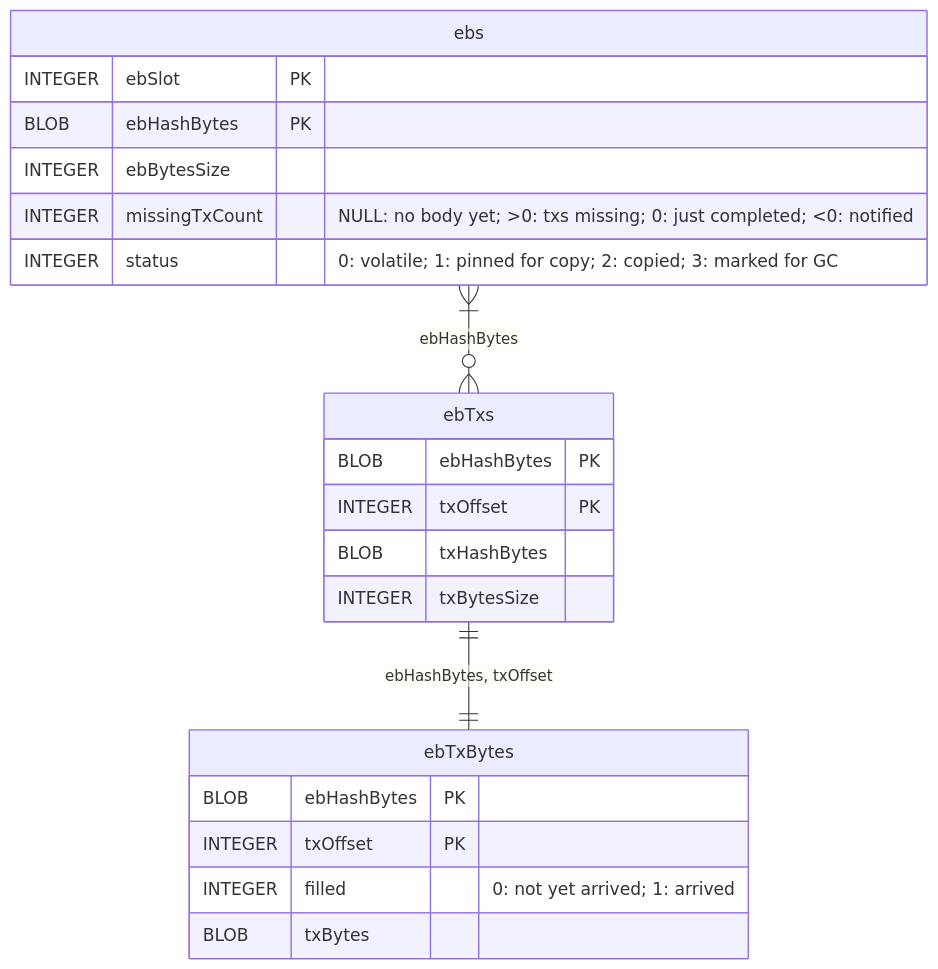
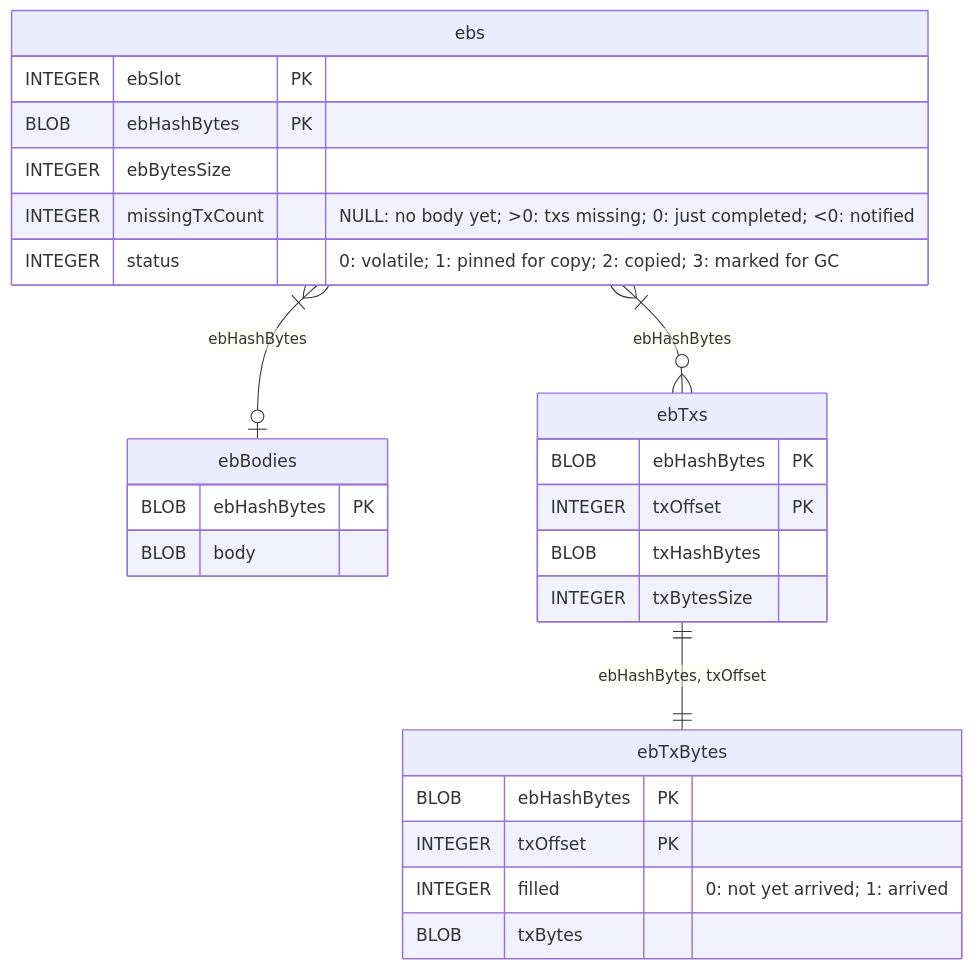
The first of 3 diagrams in docs/website/contents/explanations/leiosdb.md (IntersectMBO/ouroboros-consensus), drawn with Mermaid before and after one commit. The commit also changed other lines of this file and 17 other files, not shown here.

````diff
--- a/docs/website/contents/explanations/leiosdb.md
+++ b/docs/website/contents/explanations/leiosdb.md
@@ -19,25 +20,30 @@
 ```mermaid
 erDiagram
     ebs {
         INTEGER ebSlot PK
         BLOB ebHashBytes PK
         INTEGER ebBytesSize
         INTEGER missingTxCount "NULL: no body yet; >0: txs missing; 0: just completed; <0: notified"
         INTEGER status "0: volatile; 1: pinned for copy; 2: copied; 3: marked for GC"
+    }
+    ebBodies {
+        BLOB ebHashBytes PK
+        BLOB body
     }
     ebTxs {
         BLOB ebHashBytes PK
         INTEGER txOffset PK
         BLOB txHashBytes
         INTEGER txBytesSize
     }
     ebTxBytes {
         BLOB ebHashBytes PK
         INTEGER txOffset PK
         INTEGER filled "0: not yet arrived; 1: arrived"
         BLOB txBytes
     }
 
+    ebs }|--o| ebBodies : "ebHashBytes"
     ebs }|--o{ ebTxs : "ebHashBytes"
     ebTxs ||--|| ebTxBytes : "ebHashBytes, txOffset"
 ```
````
